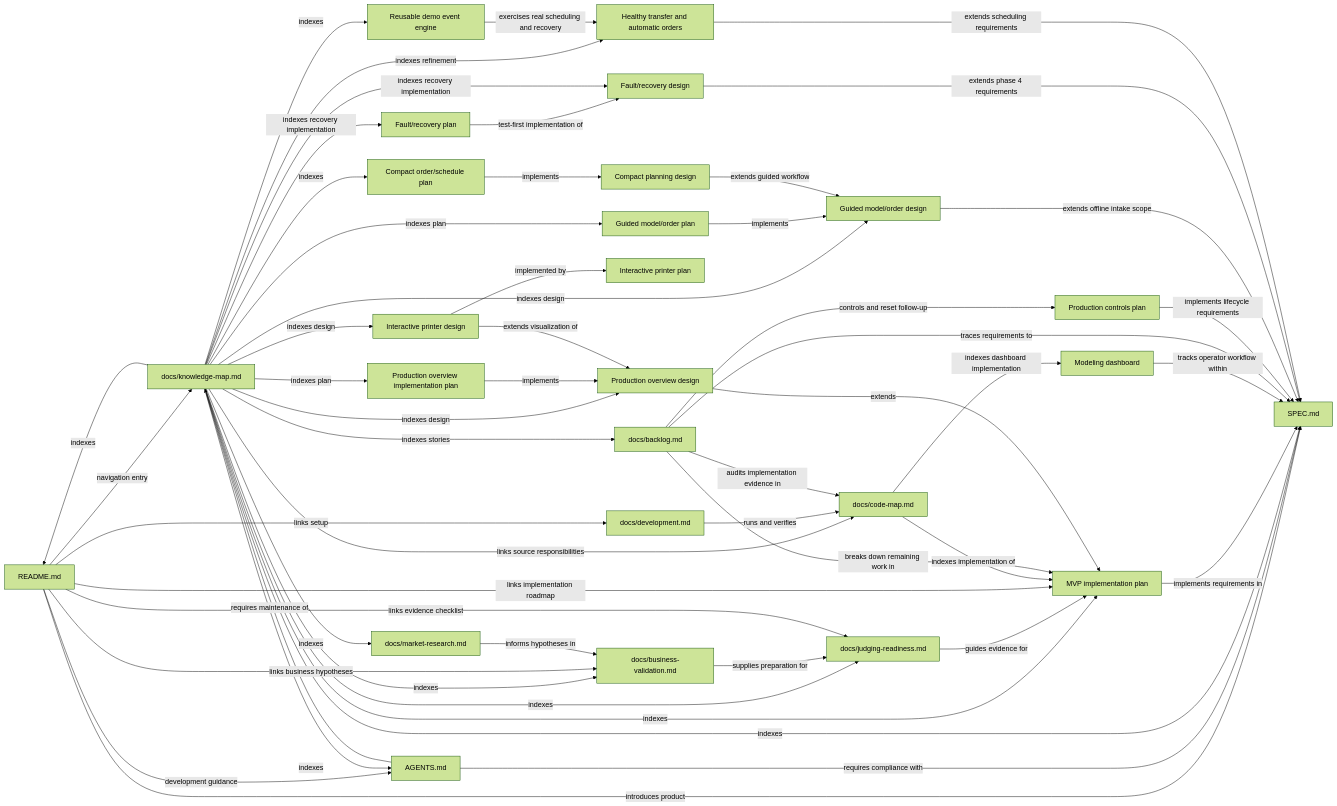
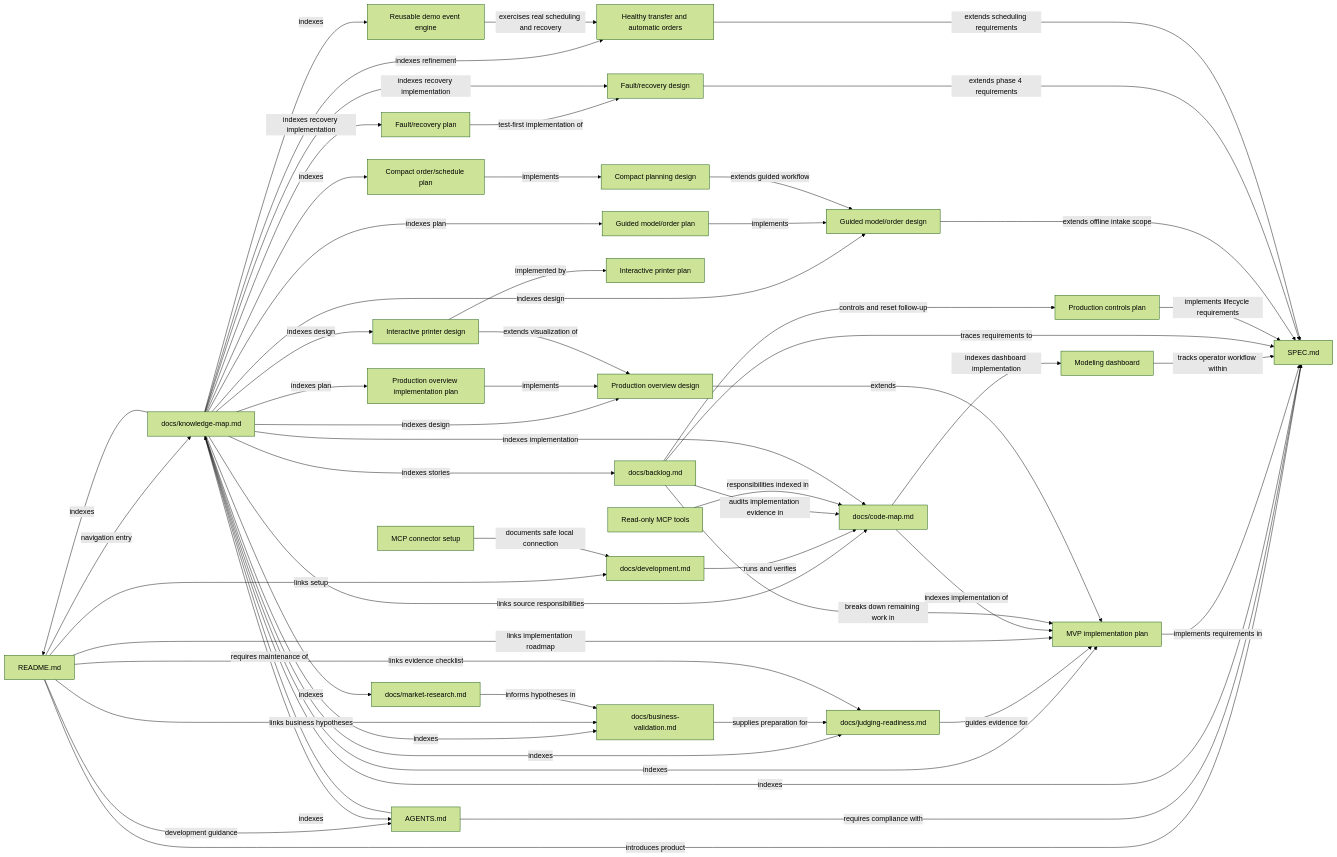
Before and after one commit to DuztyMusketear/Print_Assist: the diagram in docs/knowledge-map.md, drawn with Mermaid (forest theme). The commit also changed other lines of this file and 15 other files, not shown here.

Commit message:
feat: connect workshop MCP tools to chat

````diff
--- a/docs/knowledge-map.md
+++ b/docs/knowledge-map.md
@@ -11,56 +11,59 @@
 ```mermaid
 graph LR
     README["README.md"] -->|introduces product| SPEC["SPEC.md"]
     README -->|navigation entry| MAP["docs/knowledge-map.md"]
     README -->|development guidance| RULES["AGENTS.md"]
     RULES -->|requires compliance with| SPEC
     RULES -->|requires maintenance of| MAP
     MAP -->|indexes| README
     MAP -->|indexes| SPEC
     MAP -->|indexes| RULES
     PLAN["MVP implementation plan"] -->|implements requirements in| SPEC
     MAP -->|indexes| PLAN
     JUDGING["docs/judging-readiness.md"] -->|guides evidence for| PLAN
     MAP -->|indexes| JUDGING
     BUSINESS["docs/business-validation.md"] -->|supplies preparation for| JUDGING
     MAP -->|indexes| BUSINESS
     README -->|links implementation roadmap| PLAN
     README -->|links evidence checklist| JUDGING
     README -->|links business hypotheses| BUSINESS
     RESEARCH["docs/market-research.md"] -->|informs hypotheses in| BUSINESS
     MAP -->|indexes| RESEARCH
     CODE["docs/code-map.md"] -->|indexes implementation of| PLAN
     DASH["Modeling dashboard"] -->|tracks operator workflow within| SPEC
     CODE -->|indexes dashboard implementation| DASH
     MAP -->|links source responsibilities| CODE
     DEV["docs/development.md"] -->|runs and verifies| CODE
     README -->|links setup| DEV
     BACKLOG["docs/backlog.md"] -->|breaks down remaining work in| PLAN
     MAP -->|indexes stories| BACKLOG
     BACKLOG -->|traces requirements to| SPEC
     BACKLOG -->|audits implementation evidence in| CODE
     DESIGN["Production overview design"] -->|extends| PLAN
     MAP -->|indexes design| DESIGN
     OVERVIEWPLAN["Production overview implementation plan"] -->|implements| DESIGN
     MAP -->|indexes plan| OVERVIEWPLAN
     PRINTER3D["Interactive printer design"] -->|extends visualization of| DESIGN
     MAP -->|indexes design| PRINTER3D
     PRINTER3D -->|implemented by| VIEW3D["Interactive printer plan"]
     BACKLOG -->|controls and reset follow-up| CONTROLS["Production controls plan"]
     CONTROLS -->|implements lifecycle requirements| SPEC
     WORKFLOW["Guided model/order design"] -->|extends offline intake scope| SPEC
     MAP -->|indexes design| WORKFLOW
     GUIDEDPLAN["Guided model/order plan"] -->|implements| WORKFLOW
     MAP -->|indexes plan| GUIDEDPLAN
     COMPACTPLAN["Compact order/schedule plan"] -->|implements| COMPACTDESIGN["Compact planning design"]
     MAP -->|indexes| COMPACTPLAN
     COMPACTDESIGN -->|extends guided workflow| WORKFLOW
     FAULTDESIGN["Fault/recovery design"] -->|extends phase 4 requirements| SPEC
     FAULTPLAN["Fault/recovery plan"] -->|test-first implementation of| FAULTDESIGN
     MAP -->|indexes recovery implementation| FAULTDESIGN
     MAP -->|indexes recovery implementation| FAULTPLAN
     TRANSFER["Healthy transfer and automatic orders"] -->|extends scheduling requirements| SPEC
     MAP -->|indexes refinement| TRANSFER
     DEMOEVENTS["Reusable demo event engine"] -->|exercises real scheduling and recovery| TRANSFER
     MAP -->|indexes| DEMOEVENTS
+    MCPDOC["MCP connector setup"] -->|documents safe local connection| DEV
+    MCPAPI["Read-only MCP tools"] -->|responsibilities indexed in| CODE
+    MAP -->|indexes implementation| CODE
 ```
````
